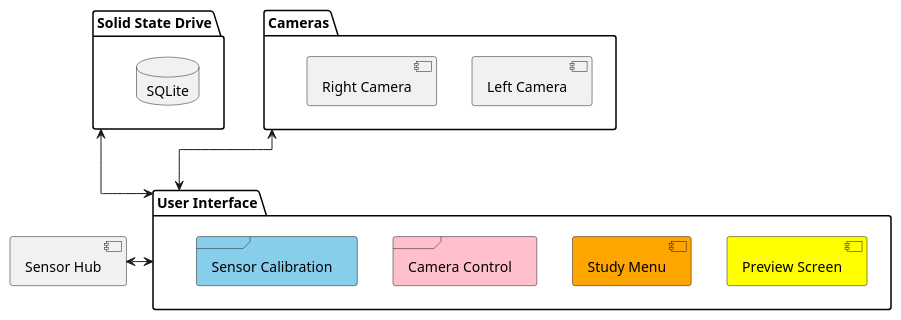
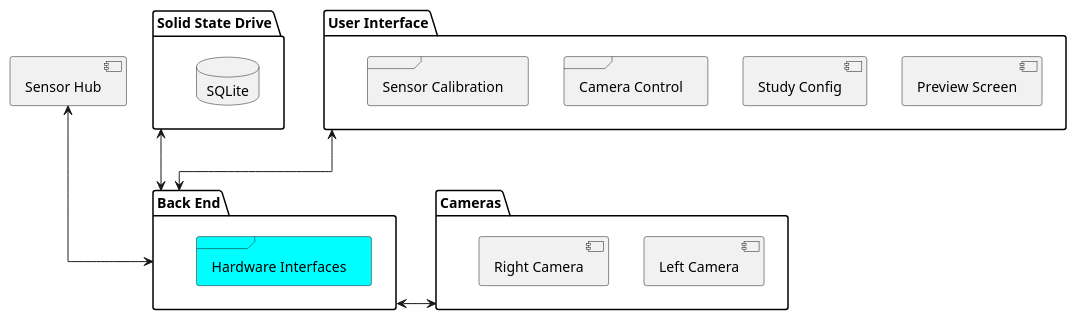
One commit to fabiomatos999/M.O.S.I.S changed the diagram in Final_Report_Presentation/Figures/system_architecture.pu. Above: the diagram before and after it, drawn with PlantUML. The commit also changed 3 other files, not shown here.

Commit message:
Fix system architecture.

```diff
--- a/Final_Report_Presentation/Figures/system_architecture.pu
+++ b/Final_Report_Presentation/Figures/system_architecture.pu
@@ -1,23 +1,29 @@
 @startuml
 skinparam linetype ortho
 package "Solid State Drive" {
 database "SQLite" {
 }
 }
 package "User Interface" {
-	[Preview Screen] #Yellow
-	[Study Menu] #Orange
-	frame "Camera Control" #Pink {
+	[Preview Screen] 
+	frame "Camera Control" {
 		}
-		frame "Sensor Calibration" #SkyBlue {
+		frame "Sensor Calibration" {
 		}
+	[Study Config]
 }
 package "Cameras" {
 	[Left Camera]
 	[Right Camera]	
 }
+		package "Back End" {
+			frame "Hardware Interfaces" #Aqua {
+				
+			}
+}							
 [Sensor Hub]
-"User Interface" <--up-> "Solid State Drive"
-"User Interface" <--up-> "Cameras"
-"User Interface" <-left-> "Sensor Hub"
+"User Interface" <---> "Back End"
+"Cameras" <-left-> "Back End"
+"Solid State Drive" <---> "Back End"
+"Sensor Hub" <---> "Back End"
 @enduml
```
